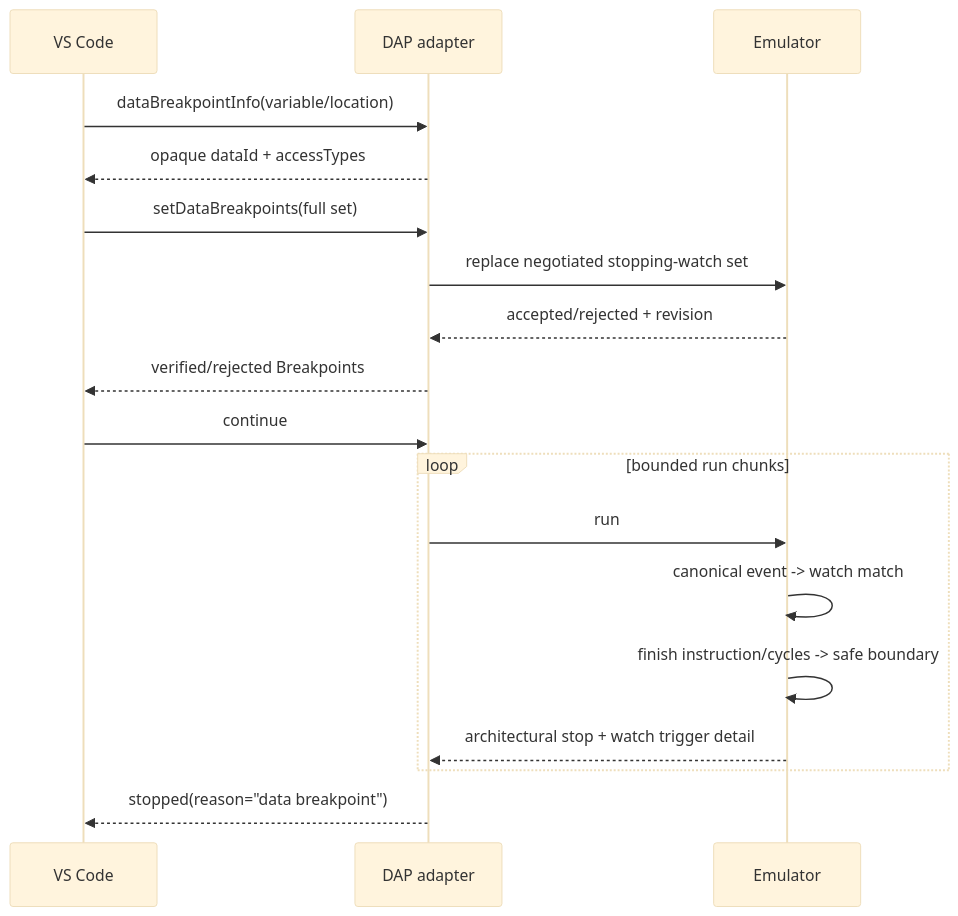
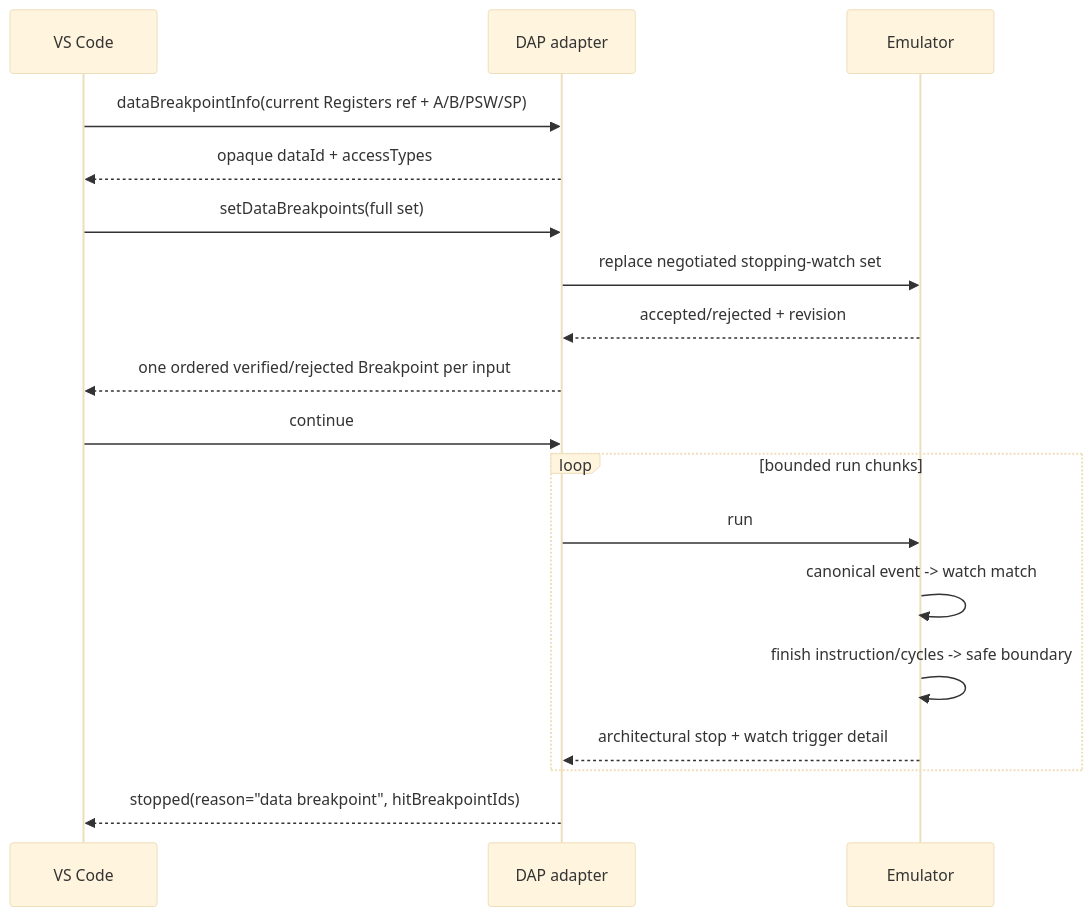
One commit to Hans-Einar/emuSA80535-DAP changed the second of 3 diagrams in SDP/04--Architecture/DAP-ARCH-002.md. Above: the diagram before and after it, drawn with Mermaid (base theme). The commit also changed other lines of this file and 11 other files, not shown here.

````diff
--- a/SDP/04--Architecture/DAP-ARCH-002.md
+++ b/SDP/04--Architecture/DAP-ARCH-002.md
@@ -26,20 +26,20 @@
 ```mermaid
 sequenceDiagram
     participant V as VS Code
     participant A as DAP adapter
     participant E as Emulator
-    V->>A: dataBreakpointInfo(variable/location)
+    V->>A: dataBreakpointInfo(current Registers ref + A/B/PSW/SP)
     A-->>V: opaque dataId + accessTypes
     V->>A: setDataBreakpoints(full set)
     A->>E: replace negotiated stopping-watch set
     E-->>A: accepted/rejected + revision
-    A-->>V: verified/rejected Breakpoints
+    A-->>V: one ordered verified/rejected Breakpoint per input
     V->>A: continue
     loop bounded run chunks
         A->>E: run
         E->>E: canonical event -> watch match
         E->>E: finish instruction/cycles -> safe boundary
         E-->>A: architectural stop + watch trigger detail
     end
-    A-->>V: stopped(reason="data breakpoint")
+    A-->>V: stopped(reason="data breakpoint", hitBreakpointIds)
 ```
````
